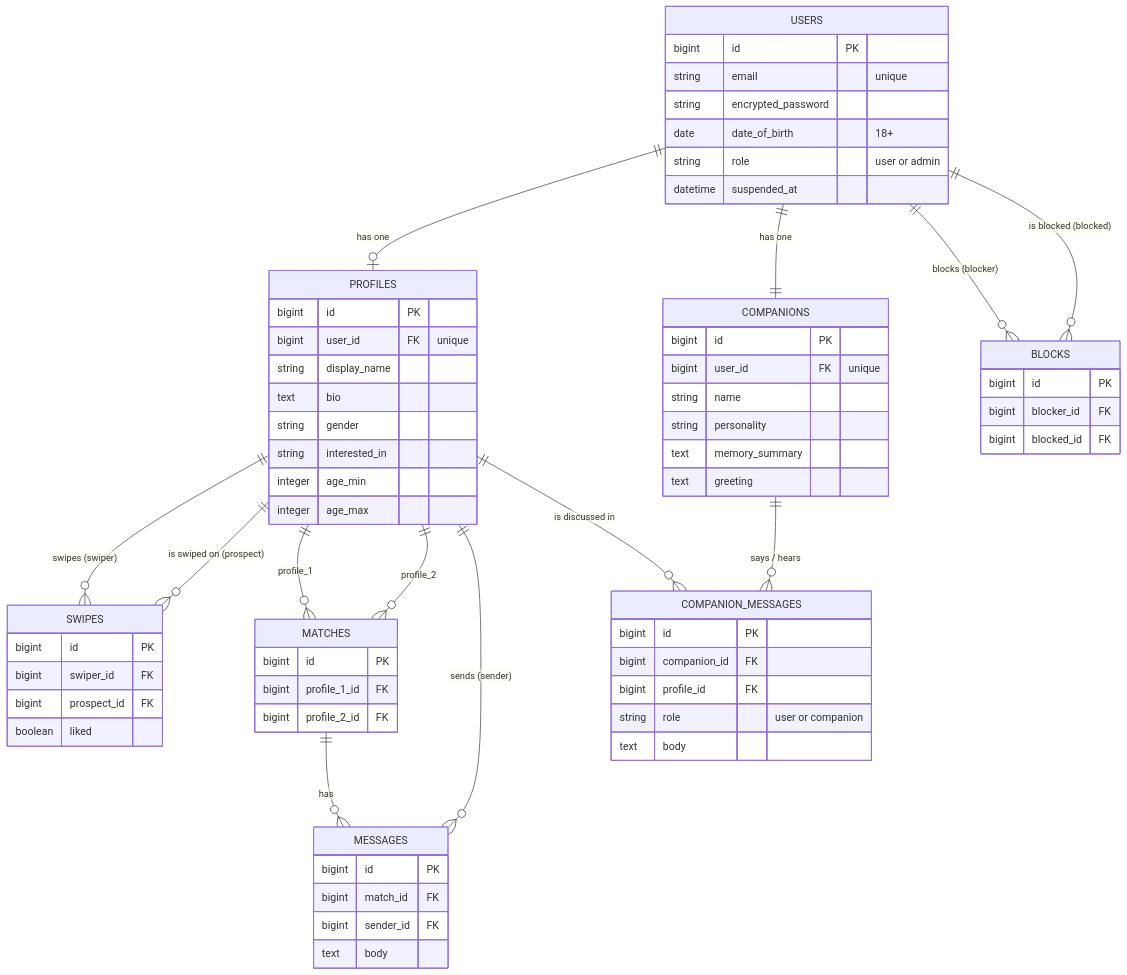
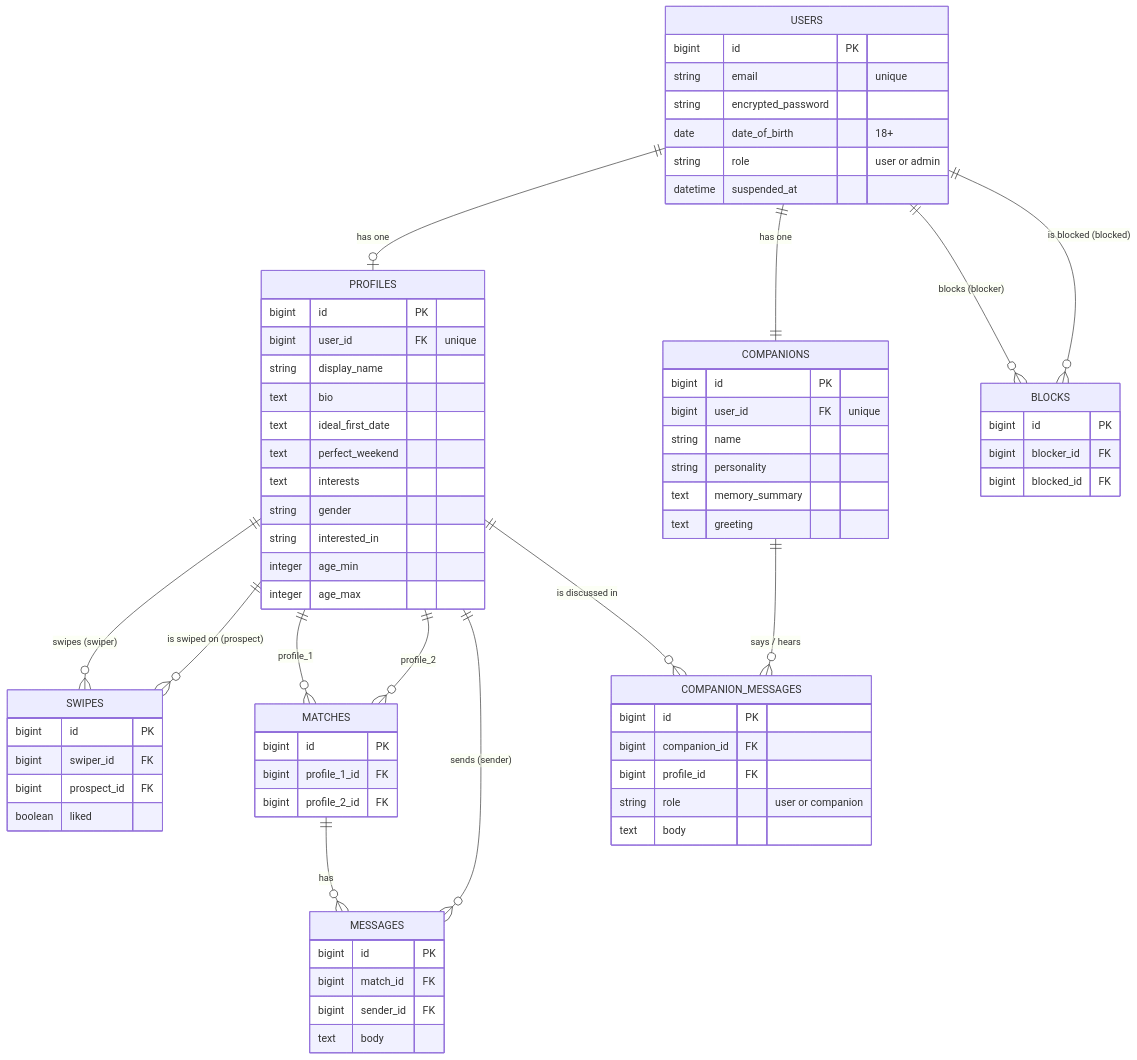
The second of 2 diagrams in README.md (tamu-edu-students/CSCE606-700-Fall2026-GroupRed), drawn with Mermaid before and after one commit. The commit also changed other lines of this file and 15 other files, not shown here.

````diff
--- a/README.md
+++ b/README.md
@@ -132,71 +132,74 @@
 ```mermaid
 erDiagram
   USERS ||--o| PROFILES : "has one"
   USERS ||--|| COMPANIONS : "has one"
   USERS ||--o{ BLOCKS : "blocks (blocker)"
   USERS ||--o{ BLOCKS : "is blocked (blocked)"
   PROFILES ||--o{ SWIPES : "swipes (swiper)"
   PROFILES ||--o{ SWIPES : "is swiped on (prospect)"
   PROFILES ||--o{ MATCHES : "profile_1"
   PROFILES ||--o{ MATCHES : "profile_2"
   MATCHES ||--o{ MESSAGES : "has"
   PROFILES ||--o{ MESSAGES : "sends (sender)"
   COMPANIONS ||--o{ COMPANION_MESSAGES : "says / hears"
   PROFILES ||--o{ COMPANION_MESSAGES : "is discussed in"
 
   USERS {
     bigint id PK
     string email "unique"
     string encrypted_password
     date date_of_birth "18+"
     string role "user or admin"
     datetime suspended_at
   }
   PROFILES {
     bigint id PK
     bigint user_id FK "unique"
     string display_name
     text bio
+    text ideal_first_date
+    text perfect_weekend
+    text interests
     string gender
     string interested_in
     integer age_min
     integer age_max
   }
   COMPANIONS {
     bigint id PK
     bigint user_id FK "unique"
     string name
     string personality
     text memory_summary
     text greeting
   }
   COMPANION_MESSAGES {
     bigint id PK
     bigint companion_id FK
     bigint profile_id FK
     string role "user or companion"
     text body
   }
   SWIPES {
     bigint id PK
     bigint swiper_id FK
     bigint prospect_id FK
     boolean liked
   }
   MATCHES {
     bigint id PK
     bigint profile_1_id FK
     bigint profile_2_id FK
   }
   MESSAGES {
     bigint id PK
     bigint match_id FK
     bigint sender_id FK
     text body
   }
   BLOCKS {
     bigint id PK
     bigint blocker_id FK
     bigint blocked_id FK
   }
 ```
````
